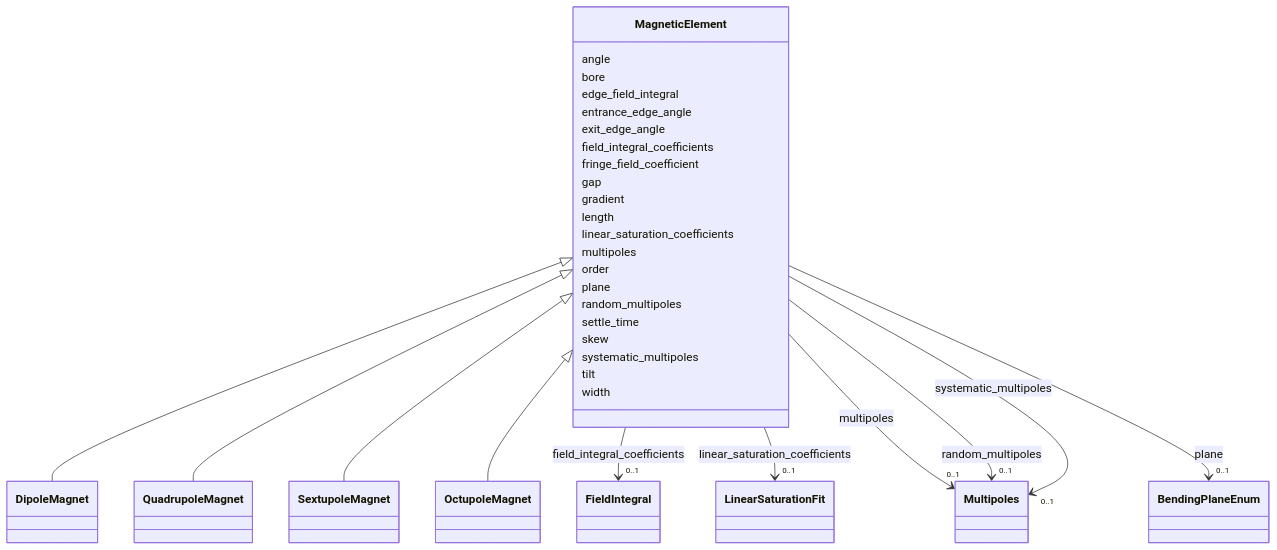
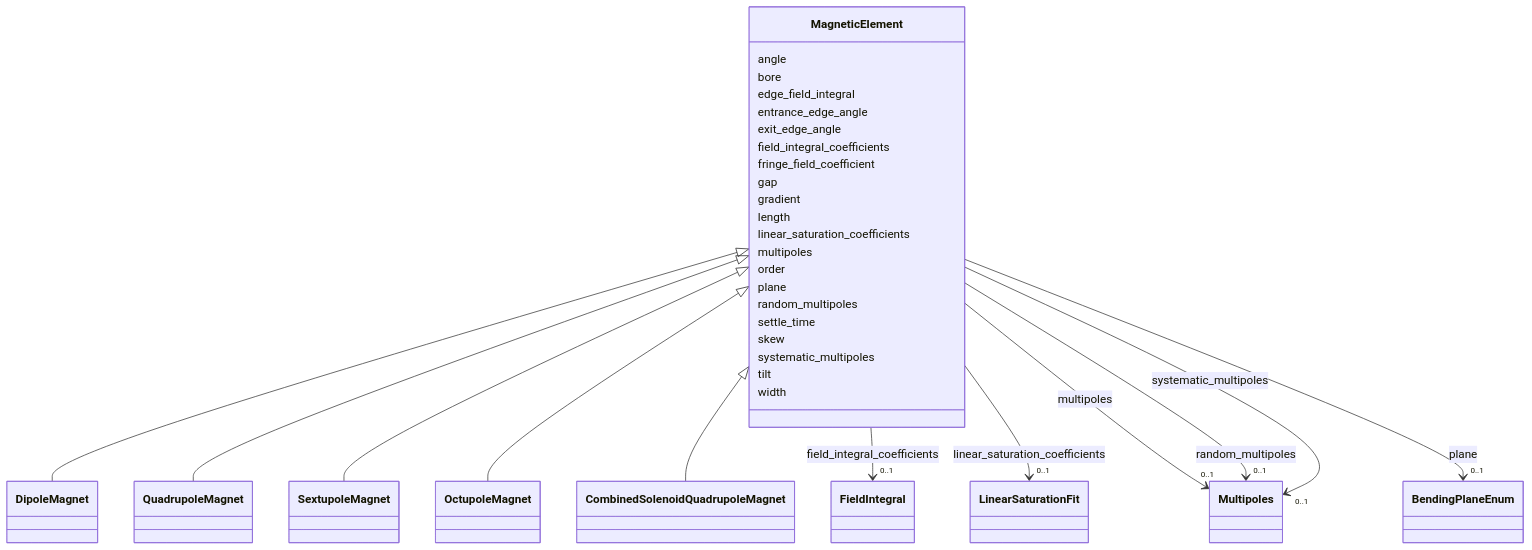
The diagram in docs/source/schema/MagneticElement.md (astec-stfc/laura), drawn with Mermaid before and after one commit. The commit also changed other lines of this file and 122 other files, not shown here.

```diff
--- a/docs/source/schema/MagneticElement.md
+++ b/docs/source/schema/MagneticElement.md
@@ -27,6 +27,8 @@
         click SextupoleMagnet href "../SextupoleMagnet/"
       MagneticElement <|-- OctupoleMagnet
         click OctupoleMagnet href "../OctupoleMagnet/"
+      MagneticElement <|-- CombinedSolenoidQuadrupoleMagnet
+        click CombinedSolenoidQuadrupoleMagnet href "../CombinedSolenoidQuadrupoleMagnet/"
       
       MagneticElement : angle
         
```
